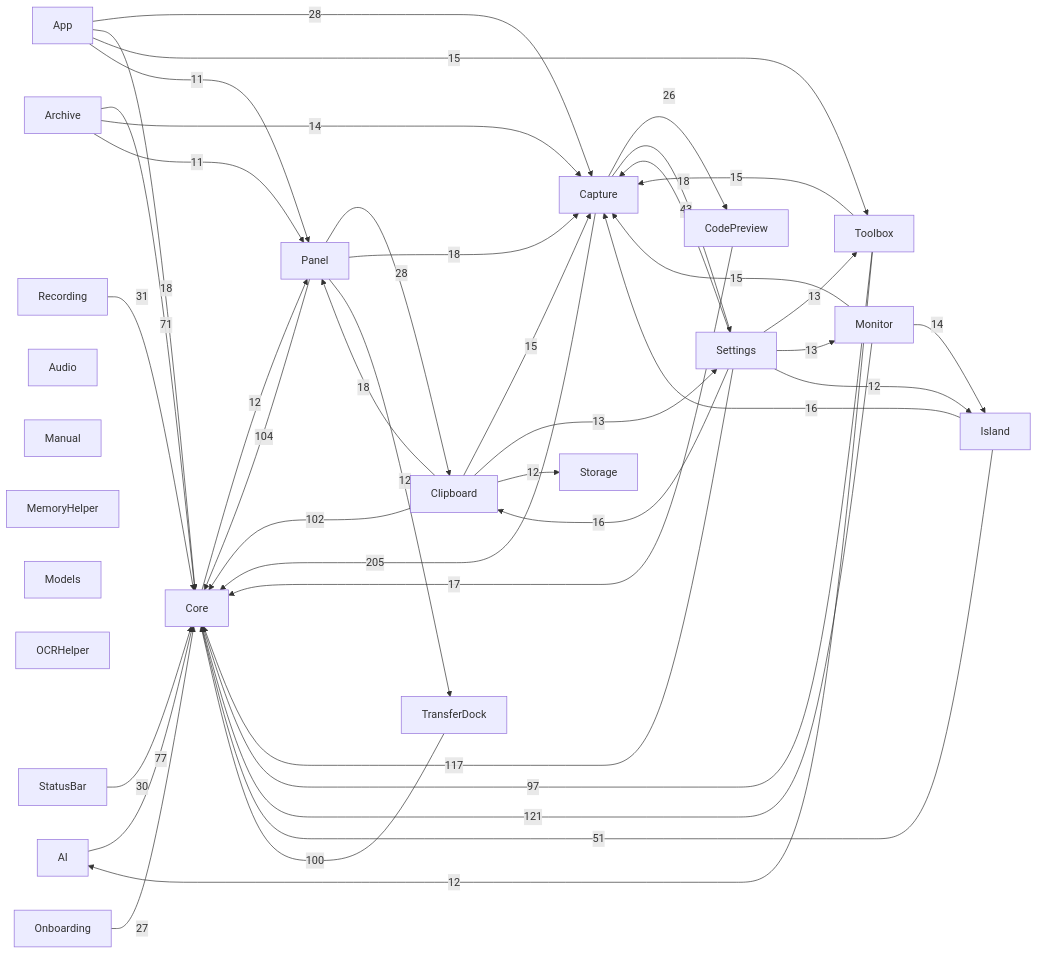
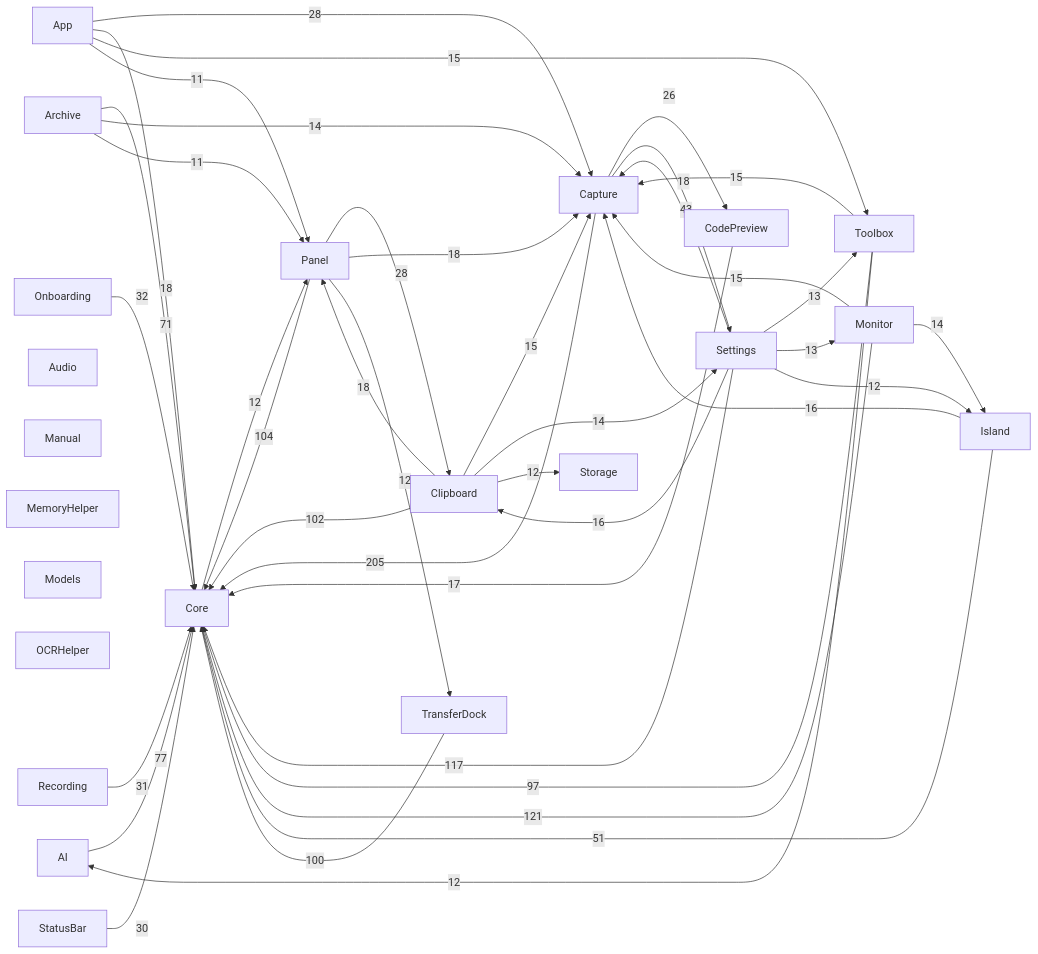
The diagram in docs/00-总览/模块依赖图.md (sxyq/Kitnest), drawn with Mermaid before and after one commit. The commit also changed other lines of this file and 4 other files, not shown here.

````diff
--- a/docs/00-总览/模块依赖图.md
+++ b/docs/00-总览/模块依赖图.md
@@ -36,65 +36,65 @@
 ```mermaid
 flowchart LR
   M0["AI"]
   M1["App"]
   M2["Archive"]
   M3["Audio"]
   M4["Capture"]
   M5["Clipboard"]
   M6["CodePreview"]
   M7["Core"]
   M8["Island"]
   M9["Manual"]
   M10["MemoryHelper"]
   M11["Models"]
   M12["Monitor"]
   M13["OCRHelper"]
   M14["Onboarding"]
   M15["Panel"]
   M16["Recording"]
   M17["Settings"]
   M18["StatusBar"]
   M19["Storage"]
   M20["Toolbox"]
   M21["TransferDock"]
   M4 -->|205| M7
   M12 -->|121| M7
   M17 -->|117| M7
   M15 -->|104| M7
   M5 -->|102| M7
   M21 -->|100| M7
   M20 -->|97| M7
   M0 -->|77| M7
   M2 -->|71| M7
   M8 -->|51| M7
   M17 -->|43| M4
+  M14 -->|32| M7
   M16 -->|31| M7
   M18 -->|30| M7
   M1 -->|28| M4
   M15 -->|28| M5
-  M14 -->|27| M7
   M4 -->|26| M6
   M1 -->|18| M7
   M4 -->|18| M17
   M5 -->|18| M15
   M15 -->|18| M4
   M6 -->|17| M7
   M8 -->|16| M4
   M17 -->|16| M5
   M1 -->|15| M20
   M5 -->|15| M4
   M12 -->|15| M4
   M20 -->|15| M4
   M2 -->|14| M4
+  M5 -->|14| M17
   M12 -->|14| M8
-  M5 -->|13| M17
   M17 -->|13| M20
   M17 -->|13| M12
   M7 -->|12| M15
   M5 -->|12| M19
   M15 -->|12| M21
   M17 -->|12| M8
   M20 -->|12| M0
   M1 -->|11| M15
   M2 -->|11| M15
 ```
````
